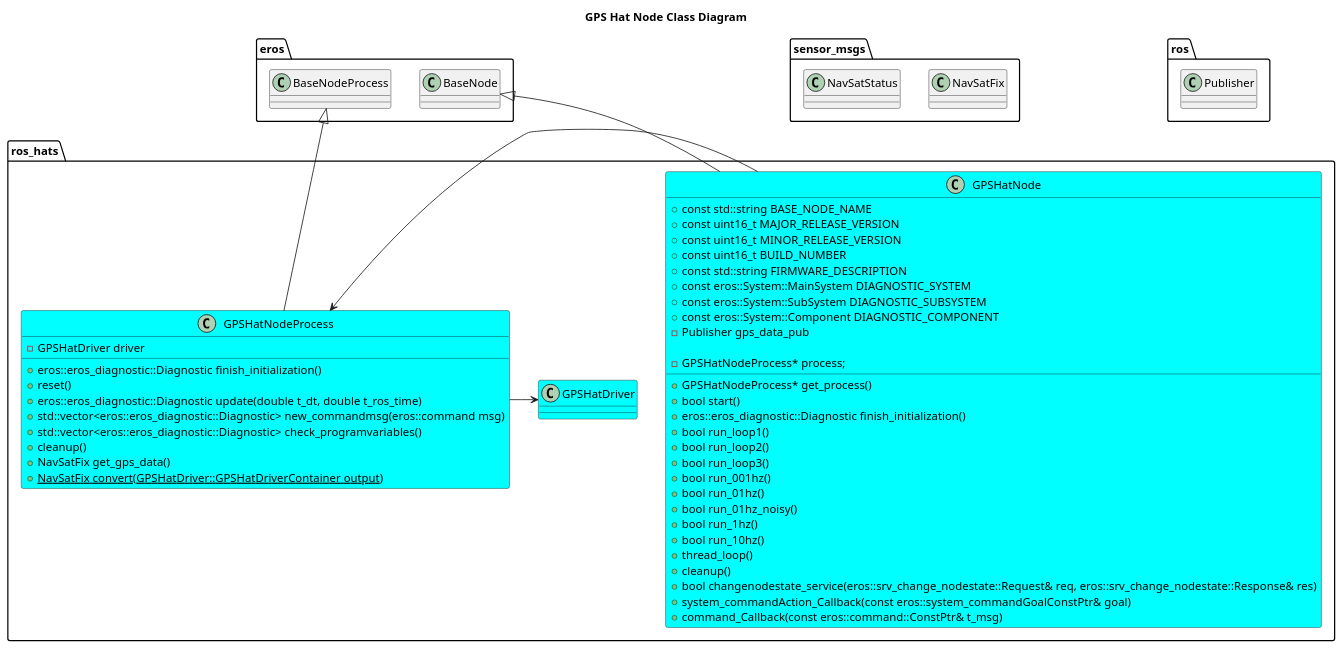
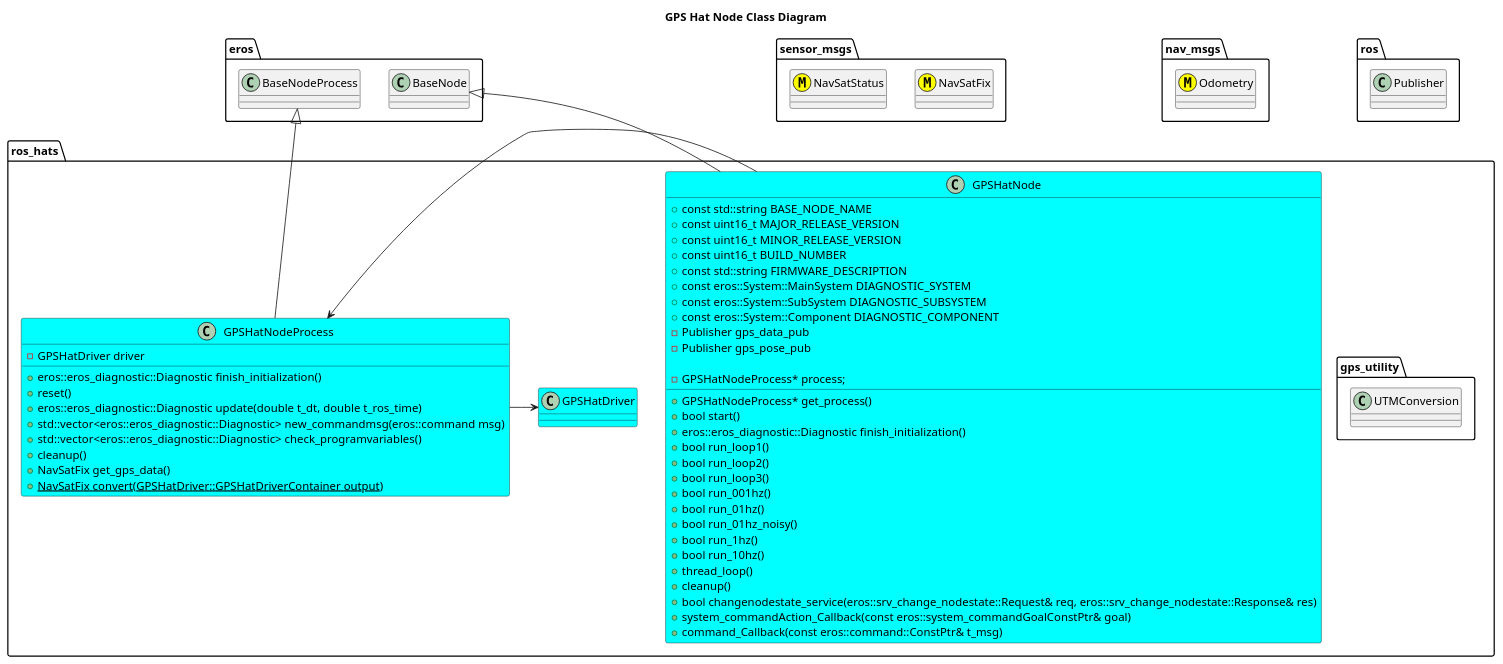
The diagram in nodes/GPSHatNode/doc/GPSHatNodeClassDiagram.puml (dgitz/ros_hats), drawn with PlantUML before and after one commit. The commit also changed 3 other files, not shown here.

```diff
--- a/nodes/GPSHatNode/doc/GPSHatNodeClassDiagram.puml
+++ b/nodes/GPSHatNode/doc/GPSHatNodeClassDiagram.puml
@@ -1,63 +1,70 @@
 @startuml
 title GPS Hat Node Class Diagram
 package sensor_msgs {
-  class NavSatFix
-  class NavSatStatus
+  class NavSatFix <<(M,#FFFF00)>>
+  class NavSatStatus <<(M,#FFFF00)>>
+}
+package nav_msgs {
+  class Odometry <<(M,#FFFF00)>>
 }
 package ros {
   class Publisher
 }
 package eros {
   class BaseNode
   class BaseNodeProcess
 }
 
 package ros_hats {
+  namespace gps_utility {
+    class UTMConversion
+  }
   class GPSHatNode #Cyan {
       +const std::string BASE_NODE_NAME
       +const uint16_t MAJOR_RELEASE_VERSION
       +const uint16_t MINOR_RELEASE_VERSION
       +const uint16_t BUILD_NUMBER
       +const std::string FIRMWARE_DESCRIPTION
       +const eros::System::MainSystem DIAGNOSTIC_SYSTEM
       +const eros::System::SubSystem DIAGNOSTIC_SUBSYSTEM
       +const eros::System::Component DIAGNOSTIC_COMPONENT
       +GPSHatNodeProcess* get_process()
       +bool start()
       +eros::eros_diagnostic::Diagnostic finish_initialization()
       +bool run_loop1()
       +bool run_loop2()
       +bool run_loop3()
       +bool run_001hz()
       +bool run_01hz()
       +bool run_01hz_noisy()
       +bool run_1hz()
       +bool run_10hz()
       +thread_loop()
       +cleanup()
       +bool changenodestate_service(eros::srv_change_nodestate::Request& req, eros::srv_change_nodestate::Response& res)
       +system_commandAction_Callback(const eros::system_commandGoalConstPtr& goal)
       +command_Callback(const eros::command::ConstPtr& t_msg)
       -Publisher gps_data_pub
+      -Publisher gps_pose_pub
 
       -GPSHatNodeProcess* process;
   }
   class GPSHatNodeProcess #Cyan {
       +eros::eros_diagnostic::Diagnostic finish_initialization()
       +reset()
       +eros::eros_diagnostic::Diagnostic update(double t_dt, double t_ros_time)
       +std::vector<eros::eros_diagnostic::Diagnostic> new_commandmsg(eros::command msg)
       +std::vector<eros::eros_diagnostic::Diagnostic> check_programvariables()
       +cleanup()
       +NavSatFix get_gps_data()
       +{static} NavSatFix convert(GPSHatDriver::GPSHatDriverContainer output)
       -GPSHatDriver driver
 
   }
   class GPSHatDriver #Cyan 
   BaseNode <|-- GPSHatNode
   BaseNodeProcess <|-- GPSHatNodeProcess
   GPSHatNode -> GPSHatNodeProcess
   GPSHatNodeProcess -> GPSHatDriver
 }
 @enduml
```
